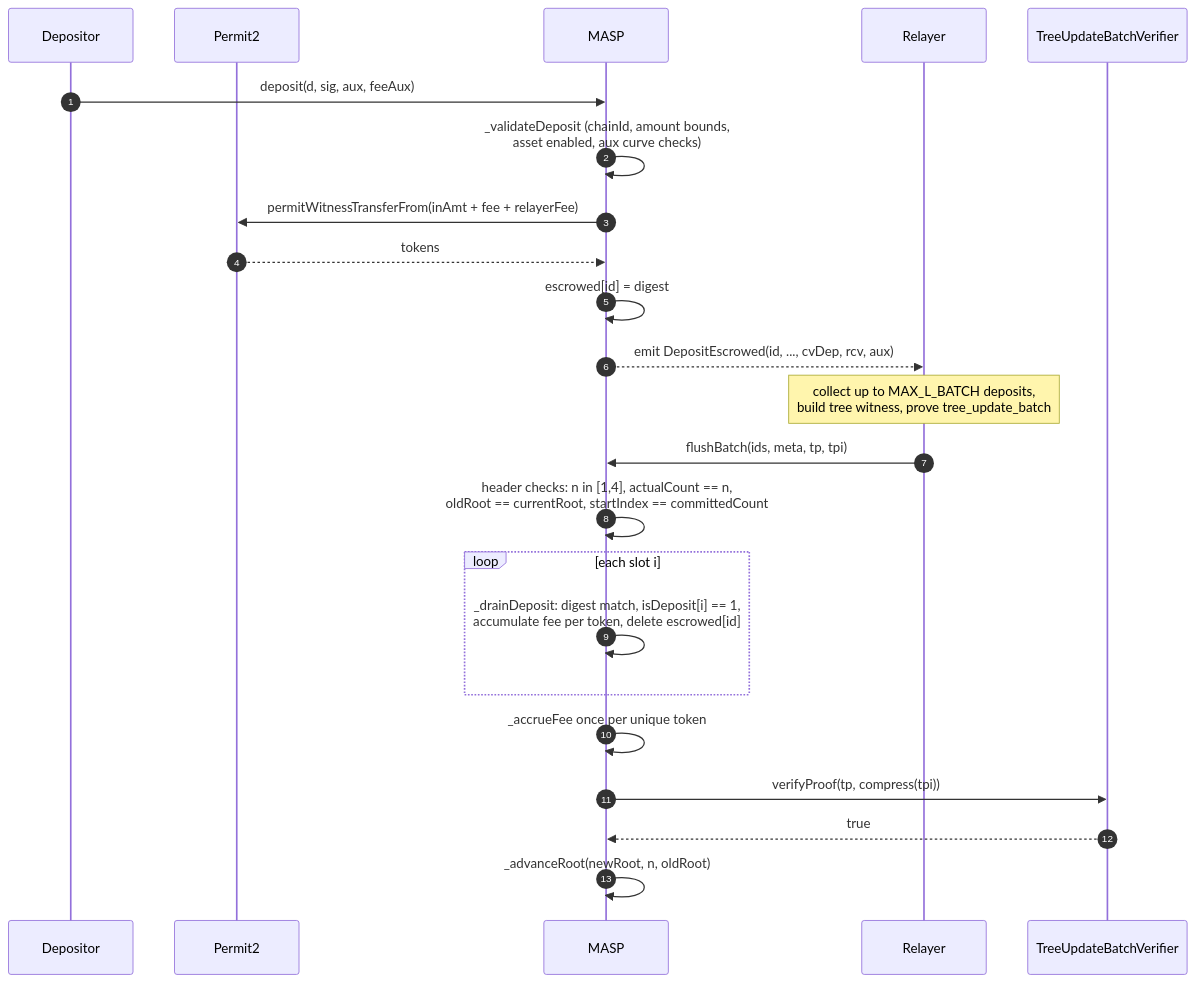
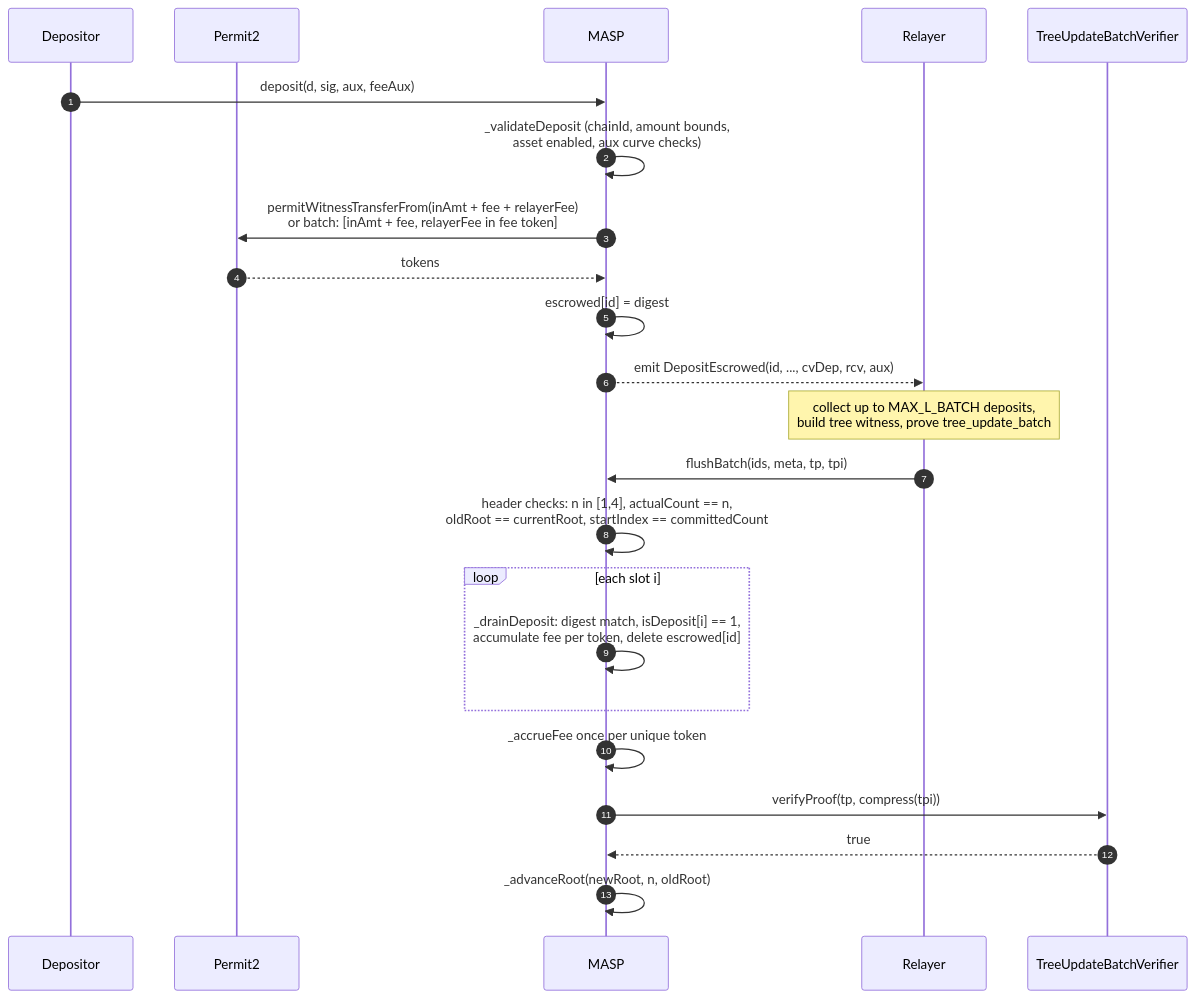
One commit to lelantos-org/contracts changed the seventh of 12 diagrams in src/README.md. Above: the diagram before and after it, drawn with Mermaid. The commit also changed other lines of this file and 275 other files, not shown here.

````diff
--- a/src/README.md
+++ b/src/README.md
@@ -394,28 +434,28 @@
 ```mermaid
 sequenceDiagram
   autonumber
   participant U as Depositor
   participant P2 as Permit2
   participant M as MASP
   participant Rl as Relayer
   participant TV as TreeUpdateBatchVerifier
 
   U->>M: deposit(d, sig, aux, feeAux)
   M->>M: _validateDeposit (chainId, amount bounds,<br/>asset enabled, aux curve checks)
-  M->>P2: permitWitnessTransferFrom(inAmt + fee + relayerFee)
+  M->>P2: permitWitnessTransferFrom(inAmt + fee + relayerFee)<br/>or batch: [inAmt + fee, relayerFee in fee token]
   P2-->>M: tokens
   M->>M: escrowed[id] = digest
   M-->>Rl: emit DepositEscrowed(id, ..., cvDep, rcv, aux)
 
   Note over Rl: collect up to MAX_L_BATCH deposits,<br/>build tree witness, prove tree_update_batch
 
   Rl->>M: flushBatch(ids, meta, tp, tpi)
   M->>M: header checks: n in [1,4], actualCount == n,<br/>oldRoot == currentRoot, startIndex == committedCount
   loop each slot i
     M->>M: _drainDeposit: digest match, isDeposit[i] == 1,<br/>accumulate fee per token, delete escrowed[id]
   end
   M->>M: _accrueFee once per unique token
   M->>TV: verifyProof(tp, compress(tpi))
   TV-->>M: true
   M->>M: _advanceRoot(newRoot, n, oldRoot)
 ```
````
